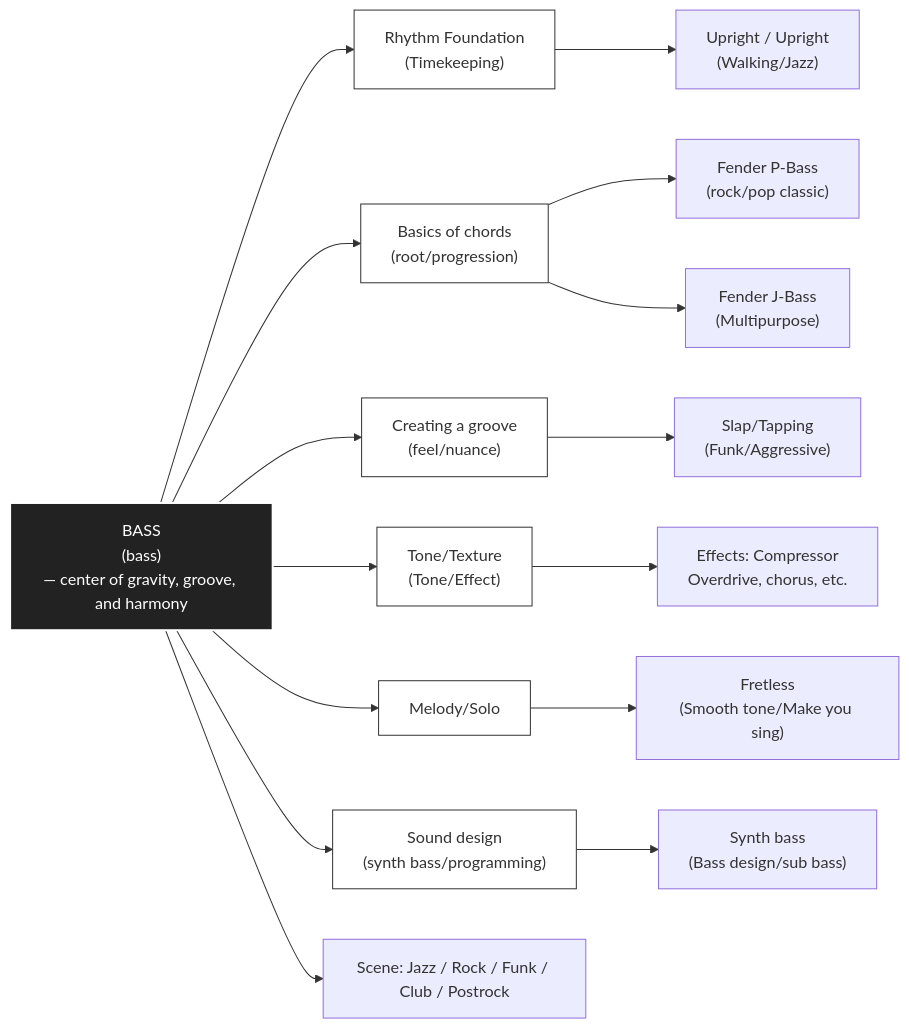
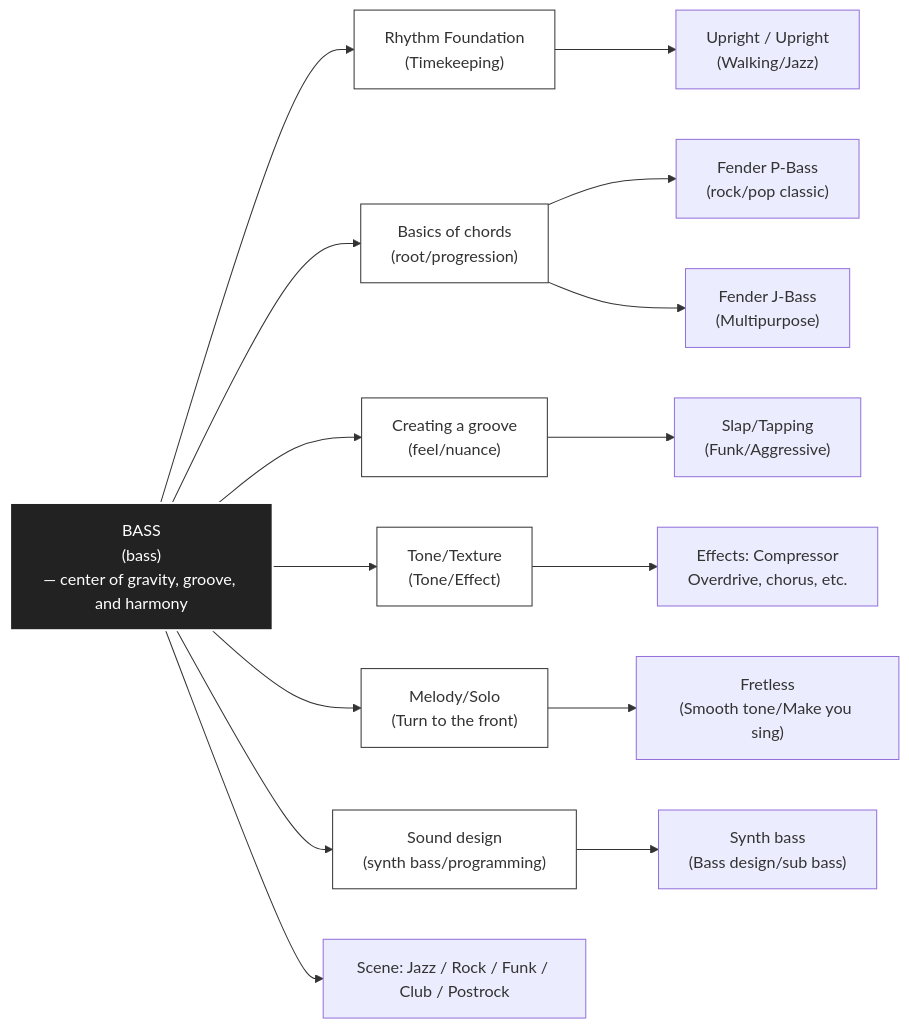
One commit to monumental-movement/monumental-movement.github.io changed the second of 2 diagrams in en/_posts/2025-10-18-column-bassists.md. Above: the diagram before and after it, drawn with Mermaid. The commit also changed other lines of this file and 1697 other files, not shown here.

```diff
--- a/en/_posts/2025-10-18-column-bassists.md
+++ b/en/_posts/2025-10-18-column-bassists.md
@@ -253,52 +255,58 @@
 <div class="mermaid">
 
 flowchart LR
 %% Center: Bass
 Bass["BASS\n(bass)\n— center of gravity, groove, and harmony"]
 
+
 %%Primary roles
 Rhythm["Rhythm Foundation\n(Timekeeping)"]
 Harmony["Basics of chords\n(root/progression)"]
 Groove["Creating a groove\n(feel/nuance)"]
 Texture["Tone/Texture\n(Tone/Effect)"]
-Lead["Melody/Solo"]
+Lead["Melody/Solo\n(Turn to the front)"]
 Design["Sound design\n(synth bass/programming)"]
+
 
 %% Techniques / Instruments
 Upright["Upright / Upright\n(Walking/Jazz)"]
 P_Bass["Fender P-Bass\n(rock/pop classic)"]
 J_Bass["Fender J-Bass\n(Multipurpose) "]
 Fretless["Fretless\n(Smooth tone/Make you sing) "]
 Synth["Synth bass\n(Bass design/sub bass) "]
 Slap["Slap/Tapping\n(Funk/Aggressive) "]
 Effects["Effects: Compressor\nOverdrive, chorus, etc."]
 
+
 %% Connections
 Bass --> Rhythm
 Bass --> Harmony
 Bass --> Groove
 Bass --> Texture
 Bass --> Lead
 Bass --> Design
+
 
 Groove --> Slap
 Texture --> Effects
 Design --> Synth
 Rhythm --> Upright
 Harmony --> P_Bass
 Harmony --> J_Bass
 Lead --> Fretless
 
+
 %%Context labels
 Scene1["Scene: Jazz / Rock / Funk / Club / Postrock"]
 Bass --> Scene1
+
 
 style Bass fill:#222,stroke:#fff,color:#fff,stroke-width:2px
 style Rhythm fill:#fff,stroke:#333
 style Harmony fill:#fff,stroke:#333
 style Groove fill:#fff,stroke:#333
 style Texture fill:#fff,stroke:#333
 style Lead fill:#fff,stroke:#333
 style Design fill:#fff,stroke:#333
 
 </div>
```
